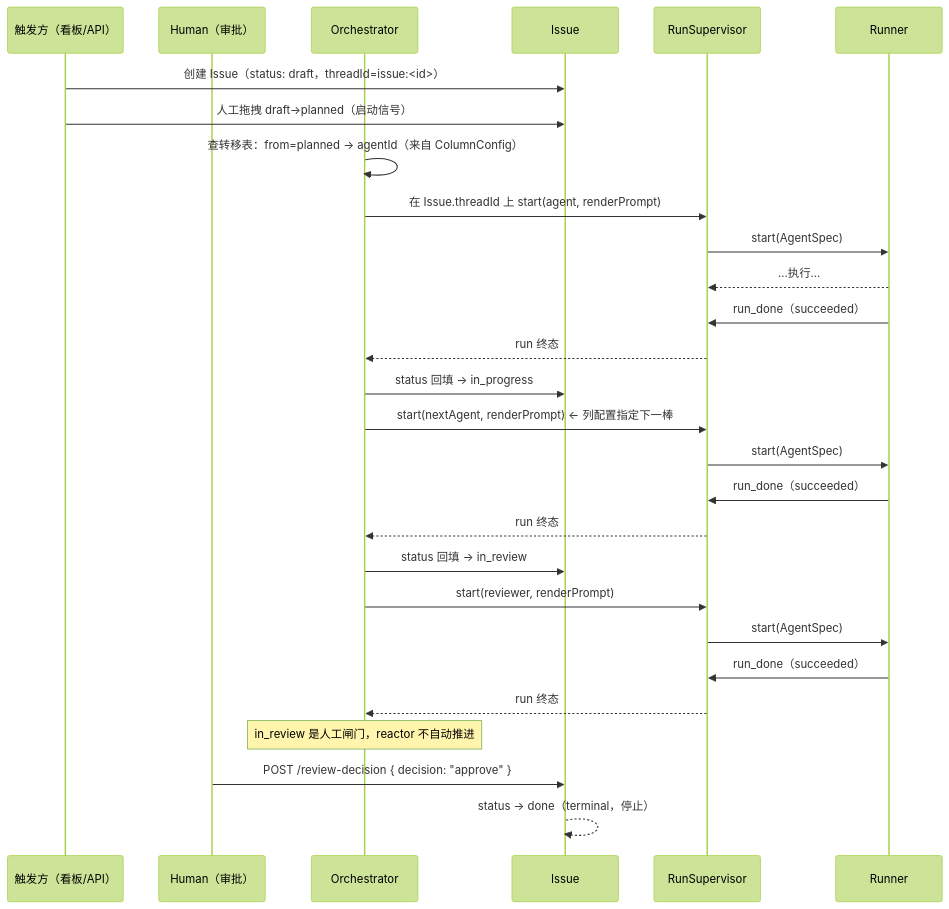
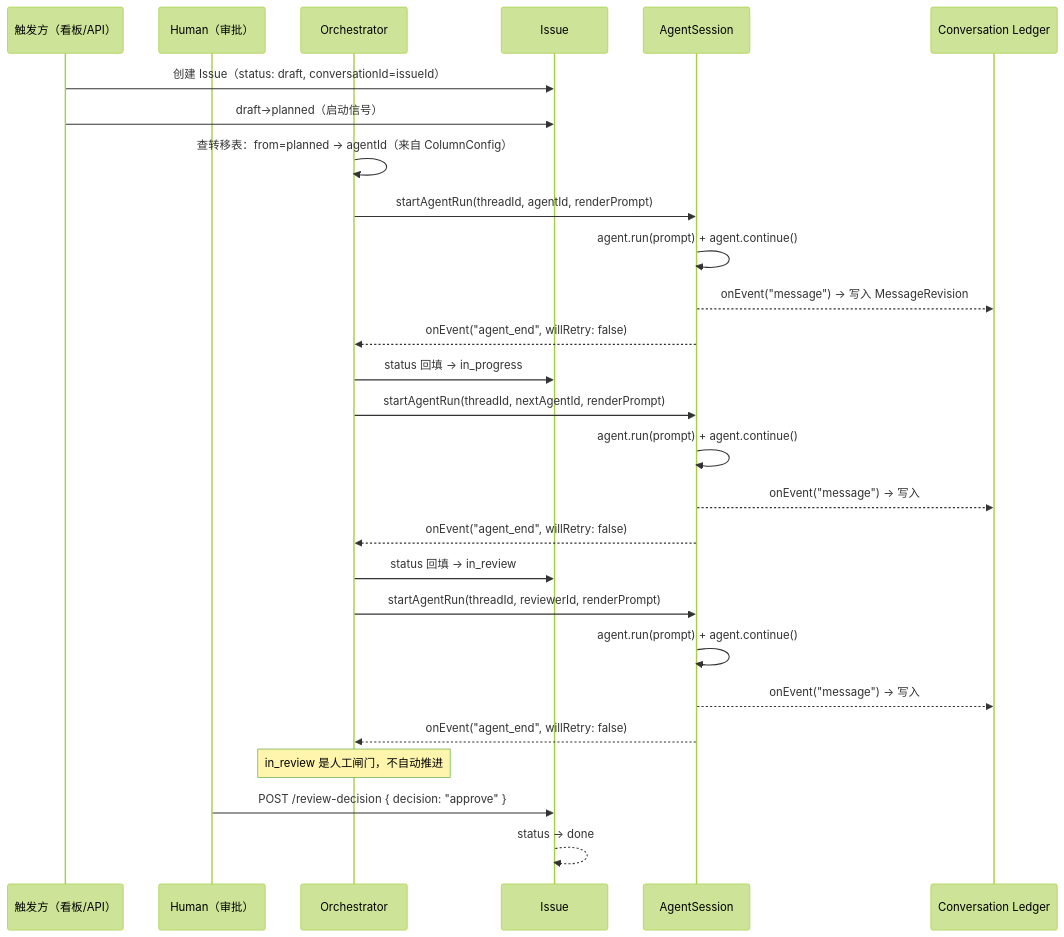
Before and after one commit to Chengchcc/my-agent-team: the diagram in docs/architecture/flows/e2e-issue-lifecycle.md, drawn with Mermaid (forest theme). The commit also changed other lines of this file and 41 other files, not shown here.

````diff
--- a/docs/architecture/flows/e2e-issue-lifecycle.md
+++ b/docs/architecture/flows/e2e-issue-lifecycle.md
@@ -23,31 +20,30 @@
 ```mermaid
 sequenceDiagram
   participant T as 触发方（看板/API）
   participant H as Human（审批）
   participant O as Orchestrator
   participant I as Issue
-  participant S as RunSupervisor
-  participant D as Runner
+  participant AS as AgentSession
+  participant L as Conversation Ledger
 
-  T->>I: 创建 Issue（status: draft，threadId=issue:<id>）
-  T->>I: 人工拖拽 draft→planned（启动信号）
+  T->>I: 创建 Issue（status: draft, conversationId=issueId）
+  T->>I: draft→planned（启动信号）
   O->>O: 查转移表：from=planned → agentId（来自 ColumnConfig）
-  O->>S: 在 Issue.threadId 上 start(agent, renderPrompt)
-  S->>D: start(AgentSpec)
-  D-->>S: ...执行...
-  D->>S: run_done（succeeded）
-  S-->>O: run 终态
+  O->>AS: startAgentRun(threadId, agentId, renderPrompt)
+  AS->>AS: agent.run(prompt) + agent.continue()
+  AS-->>L: onEvent("message") → 写入 MessageRevision
+  AS-->>O: onEvent("agent_end", willRetry: false)
   O->>I: status 回填 → in_progress
-  O->>S: start(nextAgent, renderPrompt)  ← 列配置指定下一棒
-  S->>D: start(AgentSpec)
-  D->>S: run_done（succeeded）
-  S-->>O: run 终态
+  O->>AS: startAgentRun(threadId, nextAgentId, renderPrompt)
+  AS->>AS: agent.run(prompt) + agent.continue()
+  AS-->>L: onEvent("message") → 写入
+  AS-->>O: onEvent("agent_end", willRetry: false)
   O->>I: status 回填 → in_review
-  O->>S: start(reviewer, renderPrompt)
-  S->>D: start(AgentSpec)
-  D->>S: run_done（succeeded）
-  S-->>O: run 终态
-  Note over O: in_review 是人工闸门，reactor 不自动推进
+  O->>AS: startAgentRun(threadId, reviewerId, renderPrompt)
+  AS->>AS: agent.run(prompt) + agent.continue()
+  AS-->>L: onEvent("message") → 写入
+  AS-->>O: onEvent("agent_end", willRetry: false)
+  Note over O: in_review 是人工闸门，不自动推进
   H->>I: POST /review-decision { decision: "approve" }
-  I-->>I: status → done（terminal，停止）
+  I-->>I: status → done
 ```
````
